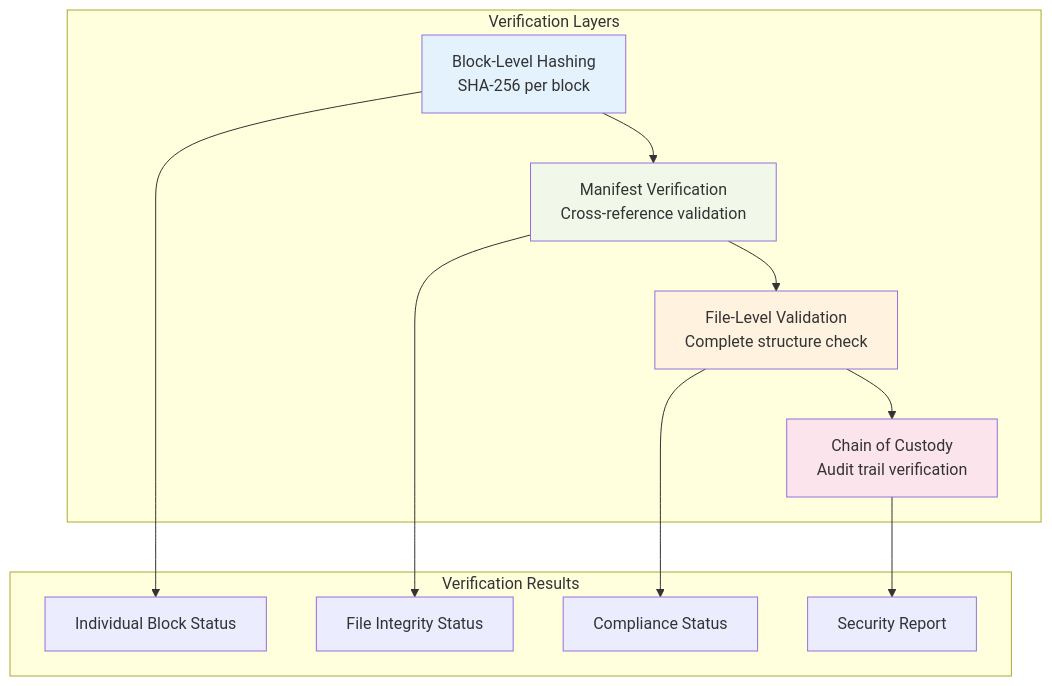
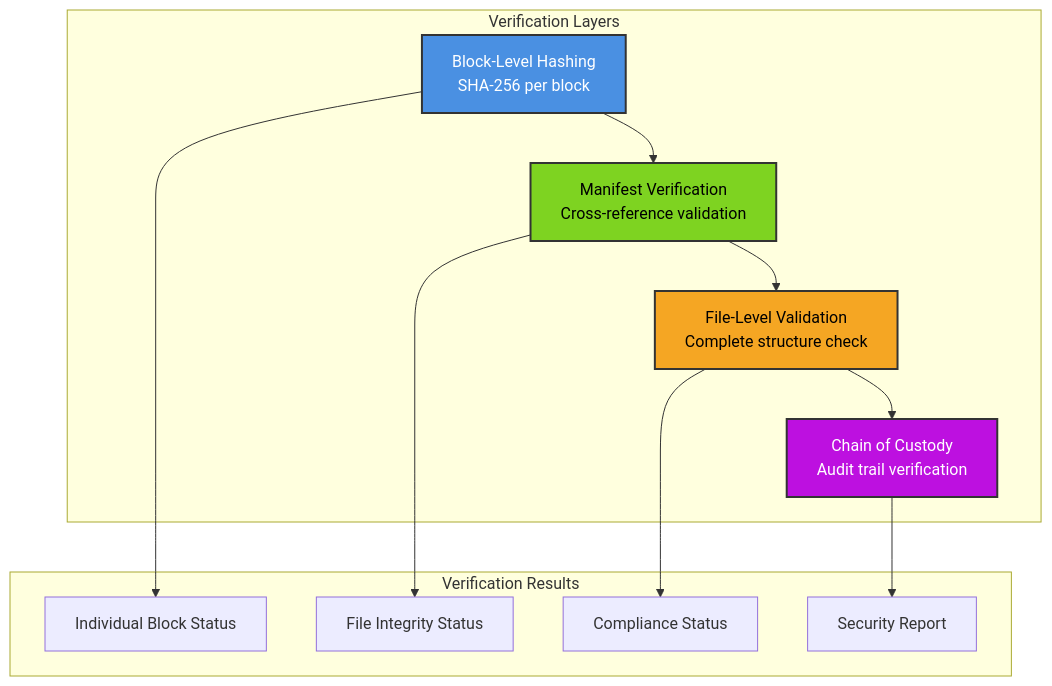
Before and after one commit to mbhatt1/maifscratch: the sixth of 24 diagrams in SECURITY_SPECIFICATION.md, drawn with Mermaid. The commit also changed other lines of this file, not shown here.

````diff
--- a/SECURITY_SPECIFICATION.md
+++ b/SECURITY_SPECIFICATION.md
@@ -306,30 +306,30 @@
 ```mermaid
 graph TD
     subgraph "Verification Layers"
         A[Block-Level Hashing<br/>SHA-256 per block]
         B[Manifest Verification<br/>Cross-reference validation]
         C[File-Level Validation<br/>Complete structure check]
         D[Chain of Custody<br/>Audit trail verification]
         
         A --> B
         B --> C
         C --> D
     end
     
     subgraph "Verification Results"
         E[Individual Block Status]
         F[File Integrity Status]
         G[Compliance Status]
         H[Security Report]
         
         A --> E
         B --> F
         C --> G
         D --> H
     end
     
-    style A fill:#e3f2fd
-    style B fill:#f1f8e9
-    style C fill:#fff3e0
-    style D fill:#fce4ec
+    style A fill:#4A90E2,stroke:#333,stroke-width:2px,color:#fff
+    style B fill:#7ED321,stroke:#333,stroke-width:2px,color:#000
+    style C fill:#F5A623,stroke:#333,stroke-width:2px,color:#000
+    style D fill:#BD10E0,stroke:#333,stroke-width:2px,color:#fff
 ```
````
